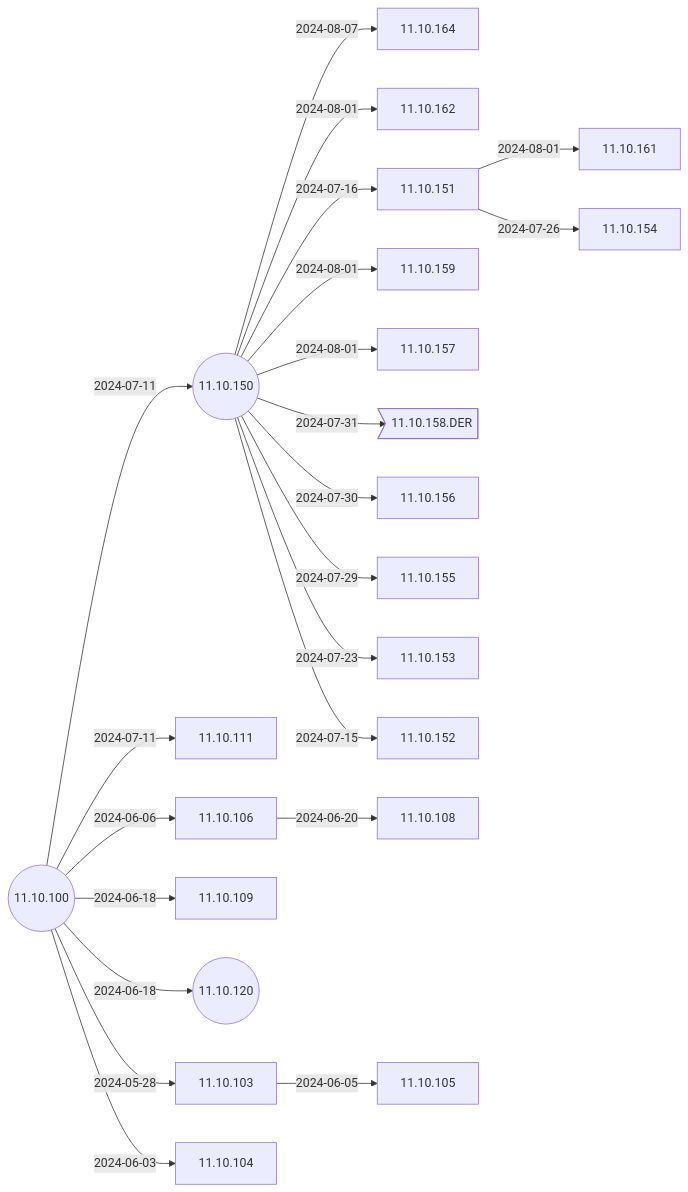
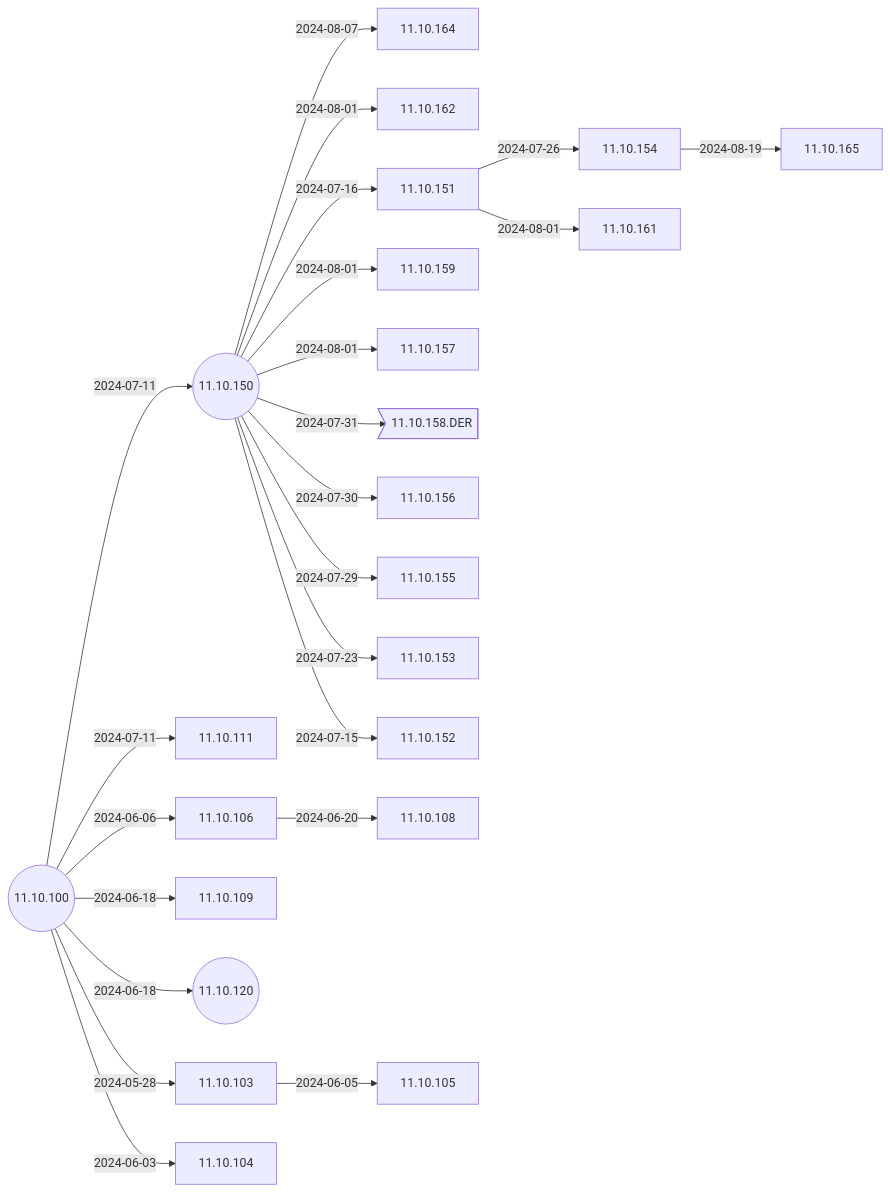
The second of 6 diagrams in docs/Docs/ReleaseNotes/01-OS11/README.md (IGEL-Community/IGEL-Docs-v02), drawn with Mermaid before and after one commit. The commit also changed 2 other files, not shown here.

Commit message:
11.10.165 < 11.10.154 11.10.165 < 11.10.154

````diff
--- a/docs/Docs/ReleaseNotes/01-OS11/README.md
+++ b/docs/Docs/ReleaseNotes/01-OS11/README.md
@@ -41,47 +41,49 @@
 ```mermaid
 flowchart LR
+    11.10.154-- 2024-08-19 -->11.10.165
     11.10.150-- 2024-08-07 -->11.10.164
     11.10.150-- 2024-08-01 -->11.10.162
     11.10.151-- 2024-08-01 -->11.10.161
     11.10.150-- 2024-08-01 -->11.10.159
     11.10.150-- 2024-08-01 -->11.10.157
     11.10.150-- 2024-07-31 -->11.10.158.DER>11.10.158.DER]
     11.10.150-- 2024-07-30 -->11.10.156
     11.10.150-- 2024-07-29 -->11.10.155
     11.10.151-- 2024-07-26 -->11.10.154
     11.10.150-- 2024-07-23 -->11.10.153
     11.10.150-- 2024-07-16 -->11.10.151
     11.10.150-- 2024-07-15 -->11.10.152
     11.10.100-- 2024-07-11 -->11.10.150((11.10.150))
     11.10.100-- 2024-07-11 -->11.10.111
     11.10.106-- 2024-06-20 -->11.10.108
     11.10.100-- 2024-06-18 -->11.10.109
     11.10.100-- 2024-06-18 -->11.10.120((11.10.120))
     11.10.100-- 2024-06-06 -->11.10.106
     11.10.103-- 2024-06-05 -->11.10.105
     11.10.100-- 2024-06-03 -->11.10.104
     11.10.100-- 2024-05-28 -->11.10.103
     11.10.100((11.10.100))
+    click 11.10.165 "https://github.com/IGEL-Community/IGEL-Docs-v02/tree/main/docs/Docs/ReleaseNotes/01-OS11/readme11.10.165.txt" _blank
     click 11.10.164 "https://github.com/IGEL-Community/IGEL-Docs-v02/tree/main/docs/Docs/ReleaseNotes/01-OS11/readme11.10.164.txt" _blank
     click 11.10.162 "https://github.com/IGEL-Community/IGEL-Docs-v02/tree/main/docs/Docs/ReleaseNotes/01-OS11/readme11.10.162.txt" _blank
     click 11.10.161 "https://github.com/IGEL-Community/IGEL-Docs-v02/tree/main/docs/Docs/ReleaseNotes/01-OS11/readme11.10.161.txt" _blank
     click 11.10.159 "https://github.com/IGEL-Community/IGEL-Docs-v02/tree/main/docs/Docs/ReleaseNotes/01-OS11/readme11.10.159.txt" _blank
     click 11.10.157 "https://github.com/IGEL-Community/IGEL-Docs-v02/tree/main/docs/Docs/ReleaseNotes/01-OS11/readme11.10.157.txt" _blank
     click 11.10.158.DER "https://github.com/IGEL-Community/IGEL-Docs-v02/tree/main/docs/Docs/ReleaseNotes/01-OS11/readme11.10.158.DER.txt" _blank
     click 11.10.156 "https://github.com/IGEL-Community/IGEL-Docs-v02/tree/main/docs/Docs/ReleaseNotes/01-OS11/readme11.10.156.txt" _blank
     click 11.10.155 "https://github.com/IGEL-Community/IGEL-Docs-v02/tree/main/docs/Docs/ReleaseNotes/01-OS11/readme11.10.155.txt" _blank
     click 11.10.154 "https://github.com/IGEL-Community/IGEL-Docs-v02/tree/main/docs/Docs/ReleaseNotes/01-OS11/readme11.10.154.txt" _blank
     click 11.10.153 "https://github.com/IGEL-Community/IGEL-Docs-v02/tree/main/docs/Docs/ReleaseNotes/01-OS11/readme11.10.153.txt" _blank
     click 11.10.151 "https://github.com/IGEL-Community/IGEL-Docs-v02/tree/main/docs/Docs/ReleaseNotes/01-OS11/readme11.10.151.txt" _blank
     click 11.10.152 "https://github.com/IGEL-Community/IGEL-Docs-v02/tree/main/docs/Docs/ReleaseNotes/01-OS11/readme11.10.152.txt" _blank
     click 11.10.111 "https://github.com/IGEL-Community/IGEL-Docs-v02/tree/main/docs/Docs/ReleaseNotes/01-OS11/readme11.10.111.txt" _blank
     click 11.10.150 "https://github.com/IGEL-Community/IGEL-Docs-v02/tree/main/docs/Docs/ReleaseNotes/01-OS11/readme11.10.150.txt" _blank
     click 11.10.108 "https://github.com/IGEL-Community/IGEL-Docs-v02/tree/main/docs/Docs/ReleaseNotes/01-OS11/readme11.10.108.txt" _blank
     click 11.10.109 "https://github.com/IGEL-Community/IGEL-Docs-v02/tree/main/docs/Docs/ReleaseNotes/01-OS11/readme11.10.109.txt" _blank
     click 11.10.120 "https://github.com/IGEL-Community/IGEL-Docs-v02/tree/main/docs/Docs/ReleaseNotes/01-OS11/readme11.10.120.txt" _blank
     click 11.10.106 "https://github.com/IGEL-Community/IGEL-Docs-v02/tree/main/docs/Docs/ReleaseNotes/01-OS11/readme11.10.106.txt" _blank
     click 11.10.105 "https://github.com/IGEL-Community/IGEL-Docs-v02/tree/main/docs/Docs/ReleaseNotes/01-OS11/readme11.10.105.txt" _blank
     click 11.10.104 "https://github.com/IGEL-Community/IGEL-Docs-v02/tree/main/docs/Docs/ReleaseNotes/01-OS11/readme11.10.104.txt" _blank
     click 11.10.103 "https://github.com/IGEL-Community/IGEL-Docs-v02/tree/main/docs/Docs/ReleaseNotes/01-OS11/readme11.10.103.txt" _blank
     click 11.10.100 "https://github.com/IGEL-Community/IGEL-Docs-v02/tree/main/docs/Docs/ReleaseNotes/01-OS11/readme11.10.100.txt" _blank
 ```
````
